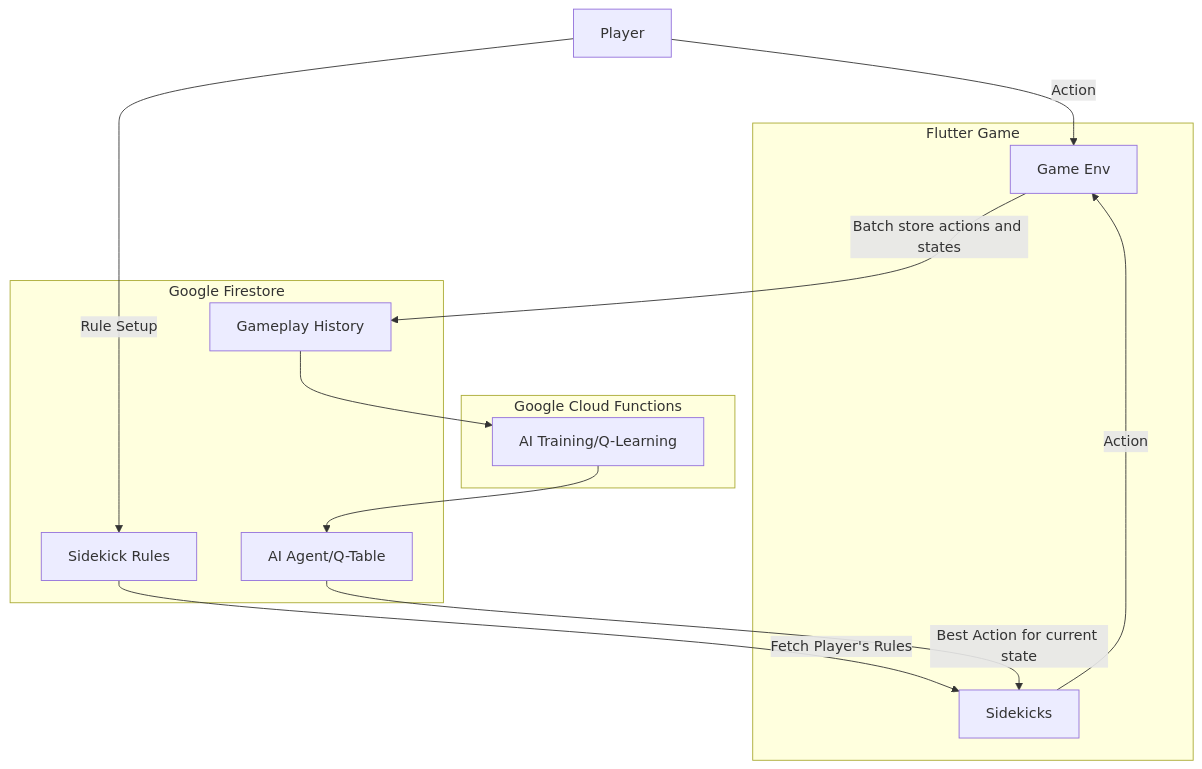
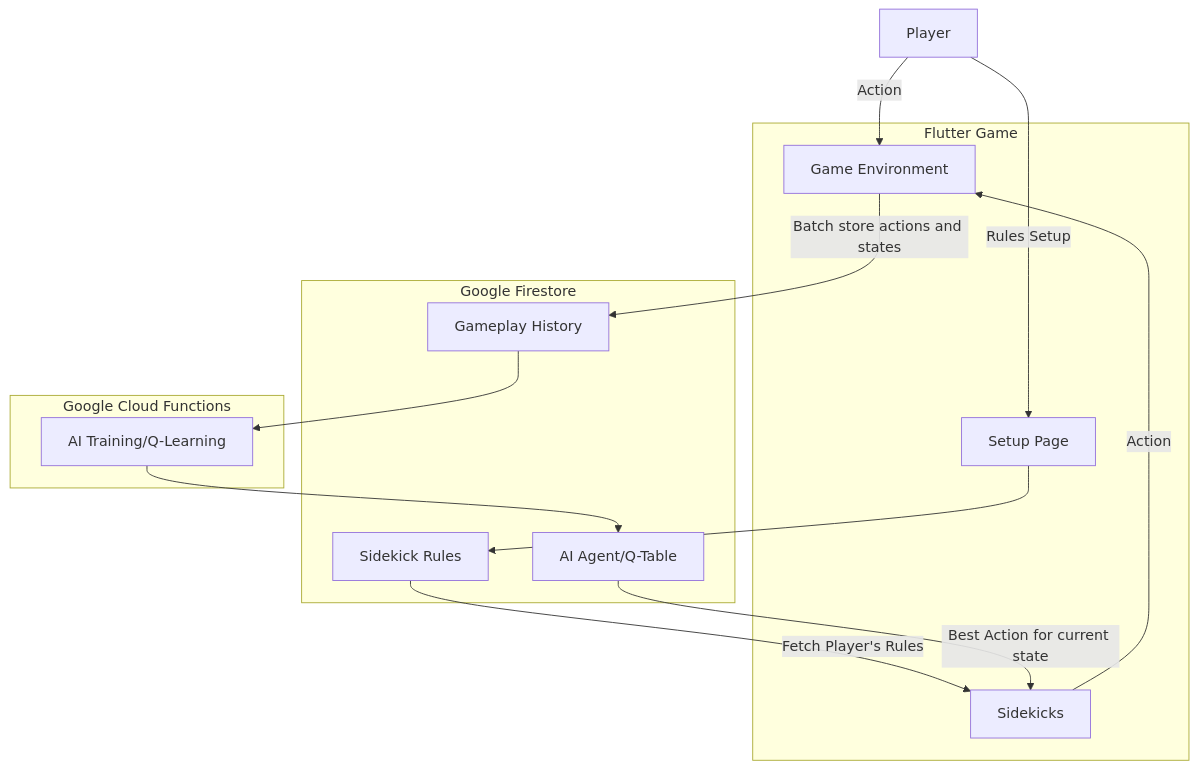
The diagram in README.md (risheeboy/black_death), drawn with Mermaid before and after one commit.

Commit message:
Corrected rule setup flow in diagram

````diff
--- a/README.md
+++ b/README.md
@@ -15,26 +15,28 @@
 ```mermaid
 graph TD
-    Player -->|Action| Game[Game Env]
-    Player -->|Rule Setup| Rules[Sidekick Rules]
+    Player -->|Action| Game[Game Environment]
+    Player -->|Rules Setup| Setup[Setup Page]
+    Setup --> Rules[Sidekick Rules]
     Rules -->|Fetch Player's Rules| Sidekick[Sidekicks]
     Sidekick -->|Action| Game
     Game -->|Batch store actions and states| Gameplay[Gameplay History]
     Gameplay --> Trainer[AI Training/Q-Learning]
     Trainer --> Agent[AI Agent/Q-Table]
     Agent -->|Best Action for current state| Sidekick
 
     subgraph Google Firestore 
     Rules
     Gameplay
     Agent
     end
 
     subgraph Flutter Game
     Game
     Sidekick
+    Setup
     end
 
     subgraph Google Cloud Functions 
     Trainer
     end
 ```
````
